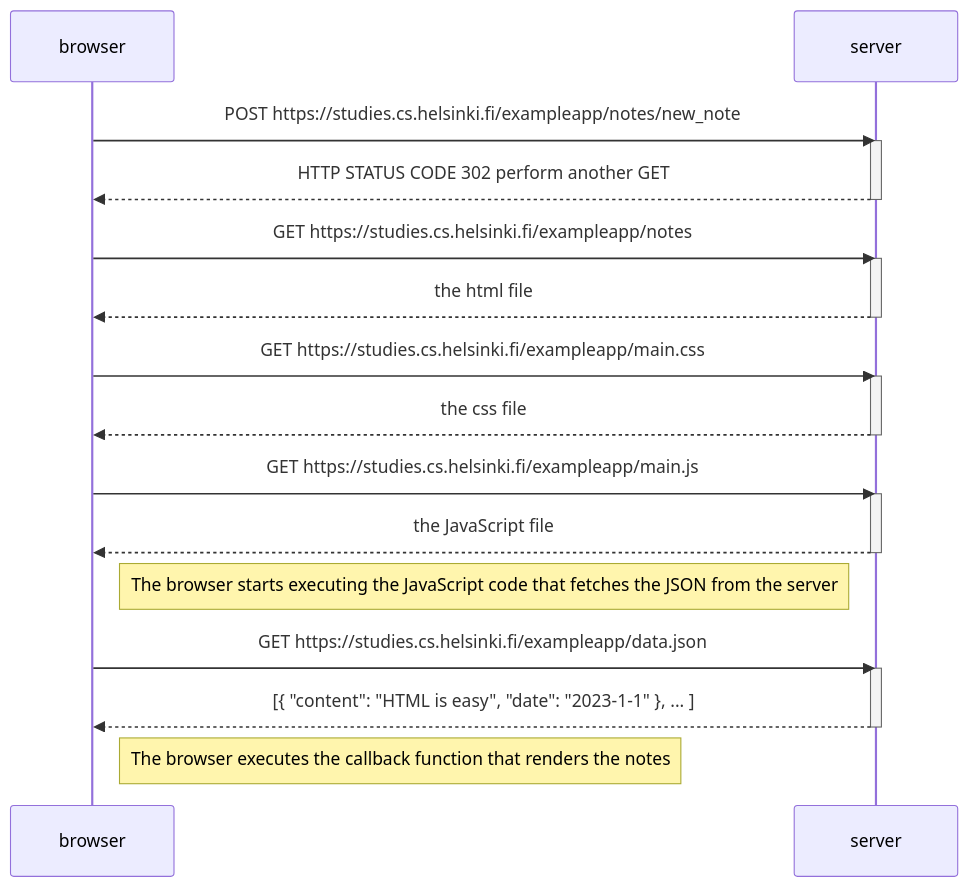
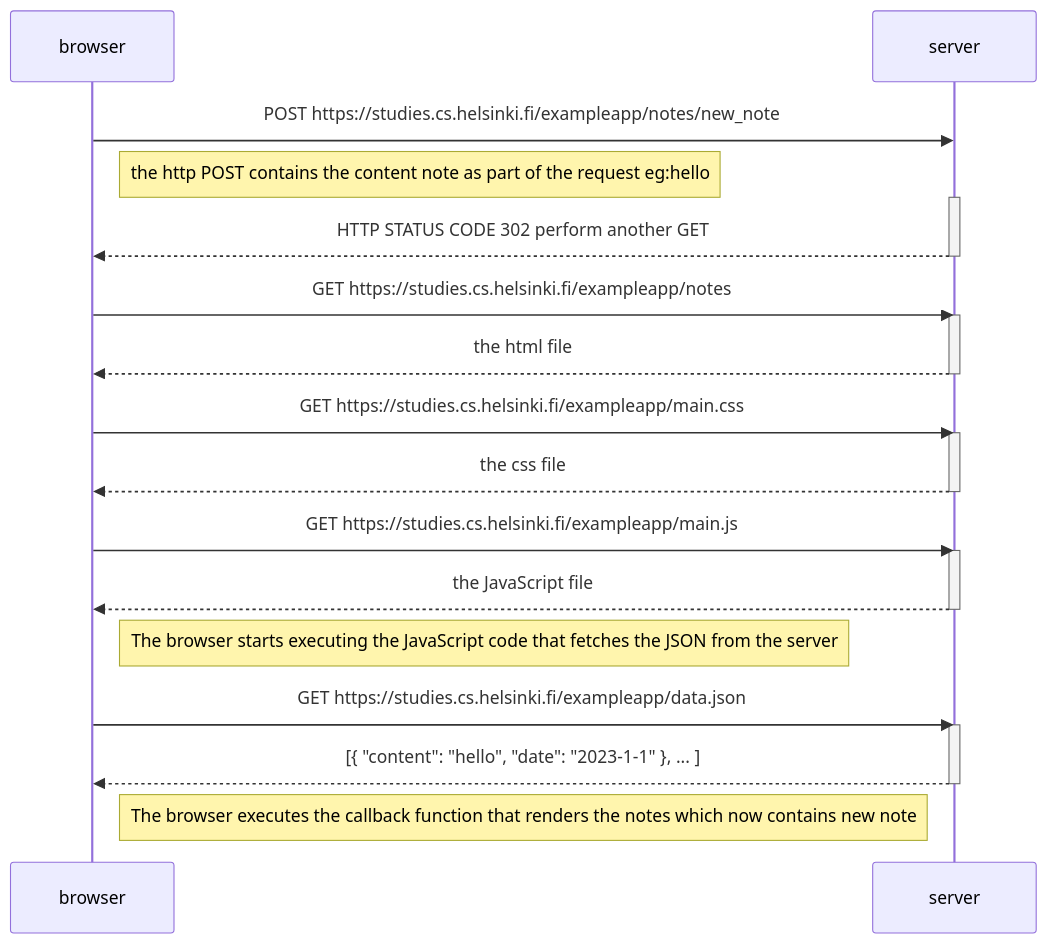
The diagram in part0/0.4_newNoteDiagram.md (Spidey6162099/FullStackOpen), drawn with Mermaid before and after one commit. The commit also changed 2 other files, not shown here.

Commit message:
final touches done

````diff
--- a/part0/0.4_newNoteDiagram.md
+++ b/part0/0.4_newNoteDiagram.md
@@ -1,35 +1,36 @@
 ``` mermaid
 sequenceDiagram
     participant browser
     participant server
 
     browser->>server: POST https://studies.cs.helsinki.fi/exampleapp/notes/new_note
+    Note right of browser:the http POST contains the content note as part of the request eg:hello
     activate server
     server-->>browser: HTTP STATUS CODE 302 perform another GET  
     deactivate server
     
     browser->>server: GET https://studies.cs.helsinki.fi/exampleapp/notes
     activate server
     server-->>browser: the html file
     deactivate server
 
     browser->>server: GET https://studies.cs.helsinki.fi/exampleapp/main.css
     activate server
     server-->>browser: the css file
     deactivate server
 
     browser->>server: GET https://studies.cs.helsinki.fi/exampleapp/main.js
     activate server
     server-->>browser: the JavaScript file
     deactivate server
 
     Note right of browser: The browser starts executing the JavaScript code that fetches the JSON from the server
 
     browser->>server: GET https://studies.cs.helsinki.fi/exampleapp/data.json
     activate server
-    server-->>browser: [{ "content": "HTML is easy", "date": "2023-1-1" }, ... ]
+    server-->>browser: [{ "content": "hello", "date": "2023-1-1" }, ... ]
     deactivate server
 
-    Note right of browser: The browser executes the callback function that renders the notes
+    Note right of browser: The browser executes the callback function that renders the notes which now contains new note
 
 ```
````
